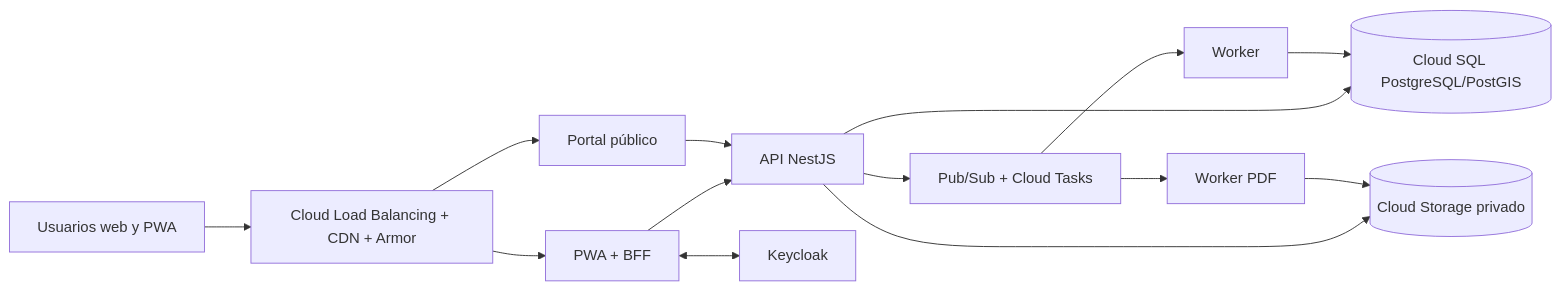
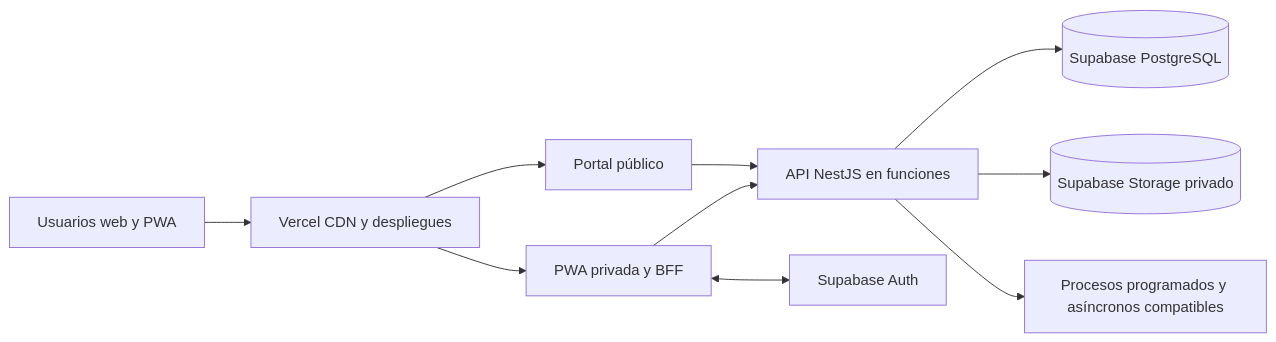
Before and after one commit to ice24vending/ICE24OS: the diagram in docs/decisions/adr-015-platform.md, drawn with Mermaid. The commit also changed other lines of this file and 154 other files, not shown here.

````diff
--- a/docs/decisions/adr-015-platform.md
+++ b/docs/decisions/adr-015-platform.md
@@ -13,16 +15,12 @@
 ```mermaid
 flowchart LR
-  U[Usuarios web y PWA] --> E[Cloud Load Balancing + CDN + Armor]
-  E --> W[PWA + BFF]
-  E --> P[Portal público]
-  W --> A[API NestJS]
+  U[Usuarios web y PWA] --> V[Vercel CDN y despliegues]
+  V --> W[PWA privada y BFF]
+  V --> P[Portal público]
+  W --> A[API NestJS en funciones]
   P --> A
-  W <--> K[Keycloak]
-  A --> D[(Cloud SQL PostgreSQL/PostGIS)]
-  A --> O[(Cloud Storage privado)]
-  A --> Q[Pub/Sub + Cloud Tasks]
-  Q --> G[Worker]
-  Q --> F[Worker PDF]
-  G --> D
-  F --> O
+  W <--> AU[Supabase Auth]
+  A --> D[(Supabase PostgreSQL)]
+  A --> O[(Supabase Storage privado)]
+  A --> J[Procesos programados y asíncronos compatibles]
 ```
````
